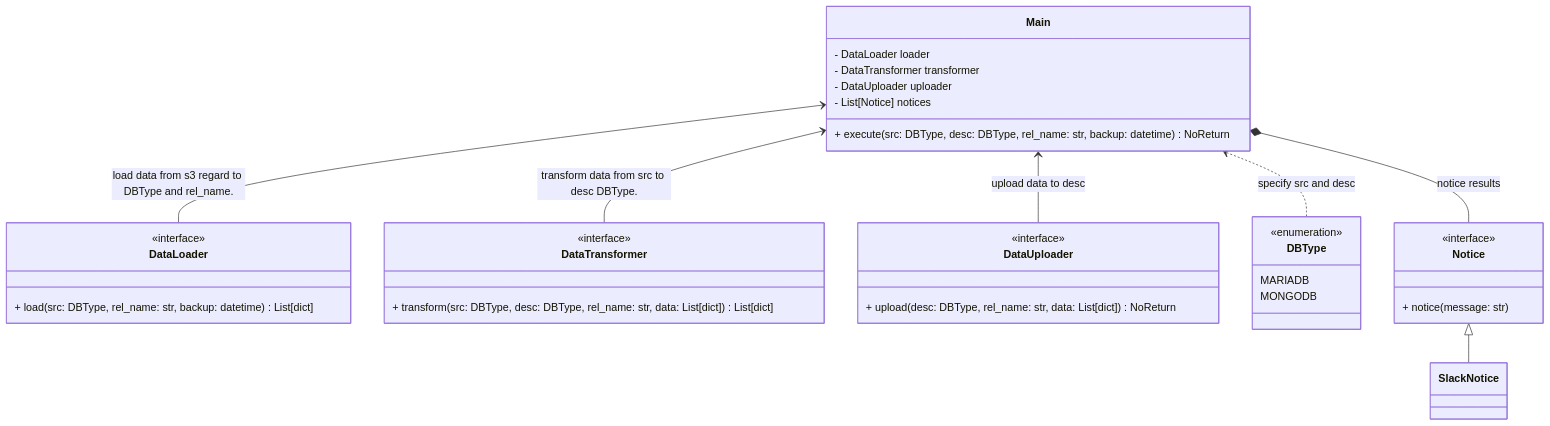
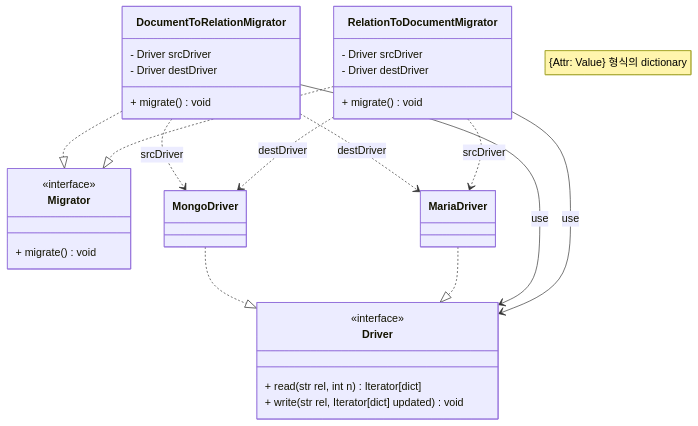
Before and after one commit to KU-Capstone-Design/pyoniverse-data-migrator: the first of 2 diagrams in docs/design.md, drawn with Mermaid. The commit also changed other lines of this file and 2 other files, not shown here.

Commit message:
[feat] design

````diff
--- a/docs/design.md
+++ b/docs/design.md
@@ -3,38 +3,33 @@
 ```mermaid
 classDiagram
-    class DataLoader {
+    note "{Attr: Value} 형식의 dictionary"
+    class Driver {
         <<interface>>
-        + load(src: DBType, rel_name: str, backup: datetime) List[dict]
+        + read(str rel, int n) Iterator[dict]
+        + write(str rel, Iterator[dict] updated) void
     }
-    class DataTransformer {
+    class Migrator {
         <<interface>>
-        + transform(src: DBType, desc: DBType, rel_name: str, data: List[dict]) List[dict]
+        + migrate() void
     }
-    class DataUploader {
-        <<interface>>
-        + upload(desc: DBType, rel_name: str, data: List[dict]) NoReturn
+    class DocumentToRelationMigrator {
+        - Driver srcDriver
+        - Driver destDriver
+        + migrate() void
     }
-    class DBType {
-        <<enumeration>>
-        MARIADB
-        MONGODB
+    class RelationToDocumentMigrator {
+        - Driver srcDriver
+        - Driver destDriver
+        + migrate() void
     }
-    class Notice {
-        <<interface>>
-        + notice(message: str)
-    }
-    class Main {
-        - DataLoader loader
-        - DataTransformer transformer
-        - DataUploader uploader
-        - List[Notice] notices
-        + execute(src: DBType, desc: DBType, rel_name: str, backup: datetime) NoReturn
-    }
-    Main <-- DataLoader: load data from s3 regard to DBType and rel_name.
-    Main <-- DataTransformer: transform data from src to desc DBType.
-    Main <-- DataUploader: upload data to desc
-    Main <.. DBType: specify src and desc
-    Main *-- Notice: notice results
-    Notice <|-- SlackNotice
-
+    MongoDriver ..|> Driver
+    MariaDriver ..|> Driver
+    DocumentToRelationMigrator ..|> Migrator
+    RelationToDocumentMigrator ..|> Migrator
+    DocumentToRelationMigrator --> Driver: use
+    RelationToDocumentMigrator --> Driver: use
+    DocumentToRelationMigrator ..> MongoDriver: srcDriver
+    DocumentToRelationMigrator ..> MariaDriver: destDriver
+    RelationToDocumentMigrator ..> MariaDriver: srcDriver
+    RelationToDocumentMigrator ..> MongoDriver: destDriver
 ```
````
